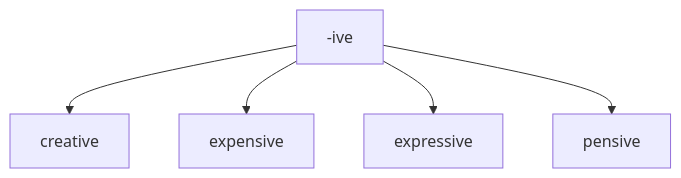
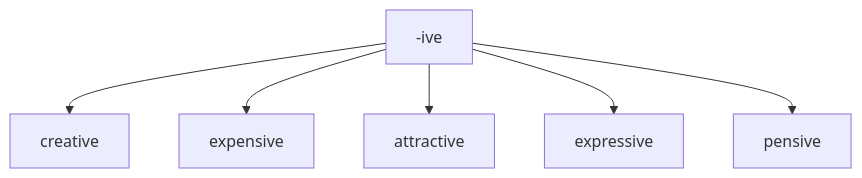
Before and after one commit to pleabargain/EnglishHelpsYourCareer: diagram 12 of 44 in prefixes_suffixes.md, drawn with Mermaid. The commit also changed other lines of this file, not shown here.

````diff
--- a/prefixes_suffixes.md
+++ b/prefixes_suffixes.md
@@ -126,7 +157,9 @@
 ```mermaid
 graph TD; 
 -ive-->  creative; 
 -ive-->  expensive; 
+-ive-->  attractive; 
+
 -ive-->  expressive; 
 -ive-->  pensive;
 ```
````
